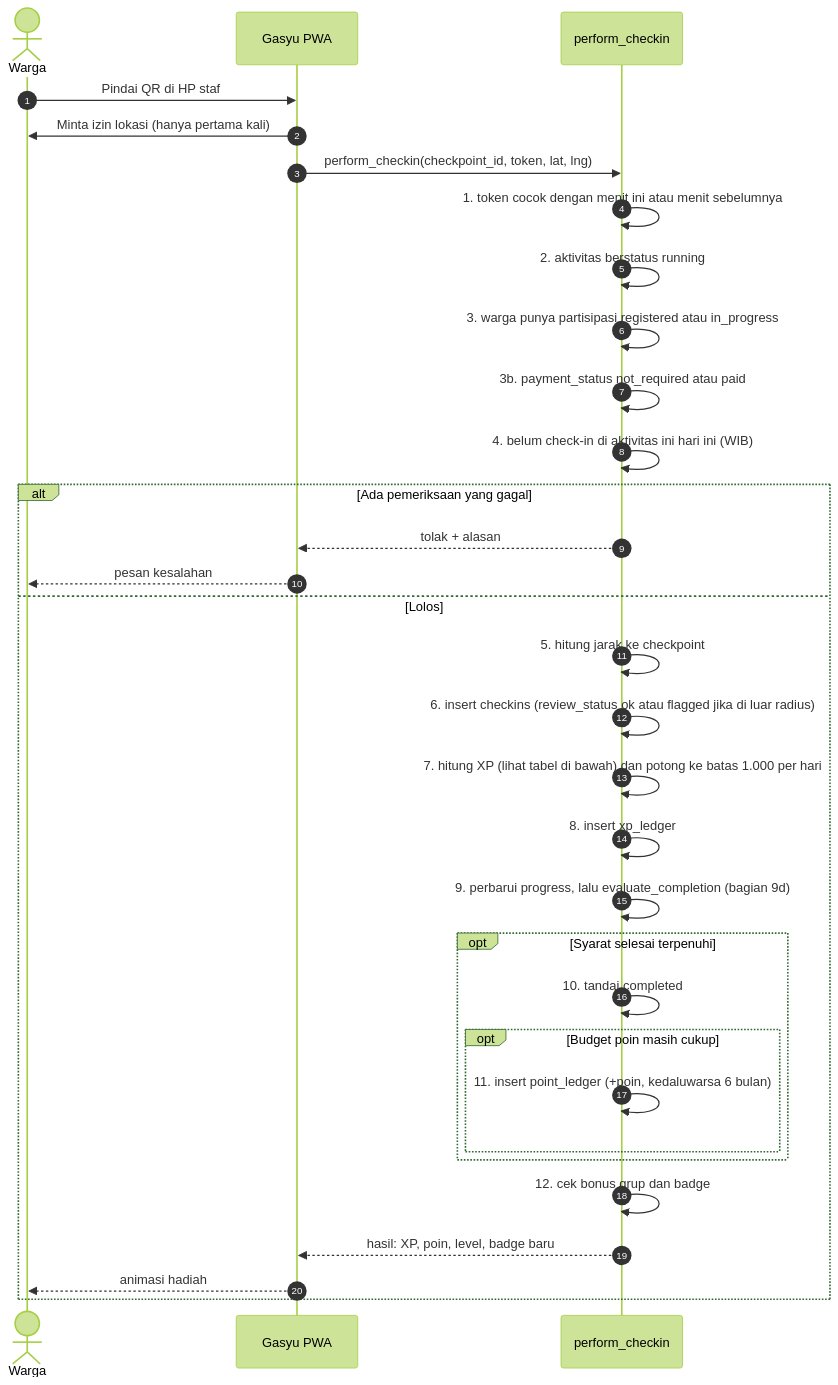
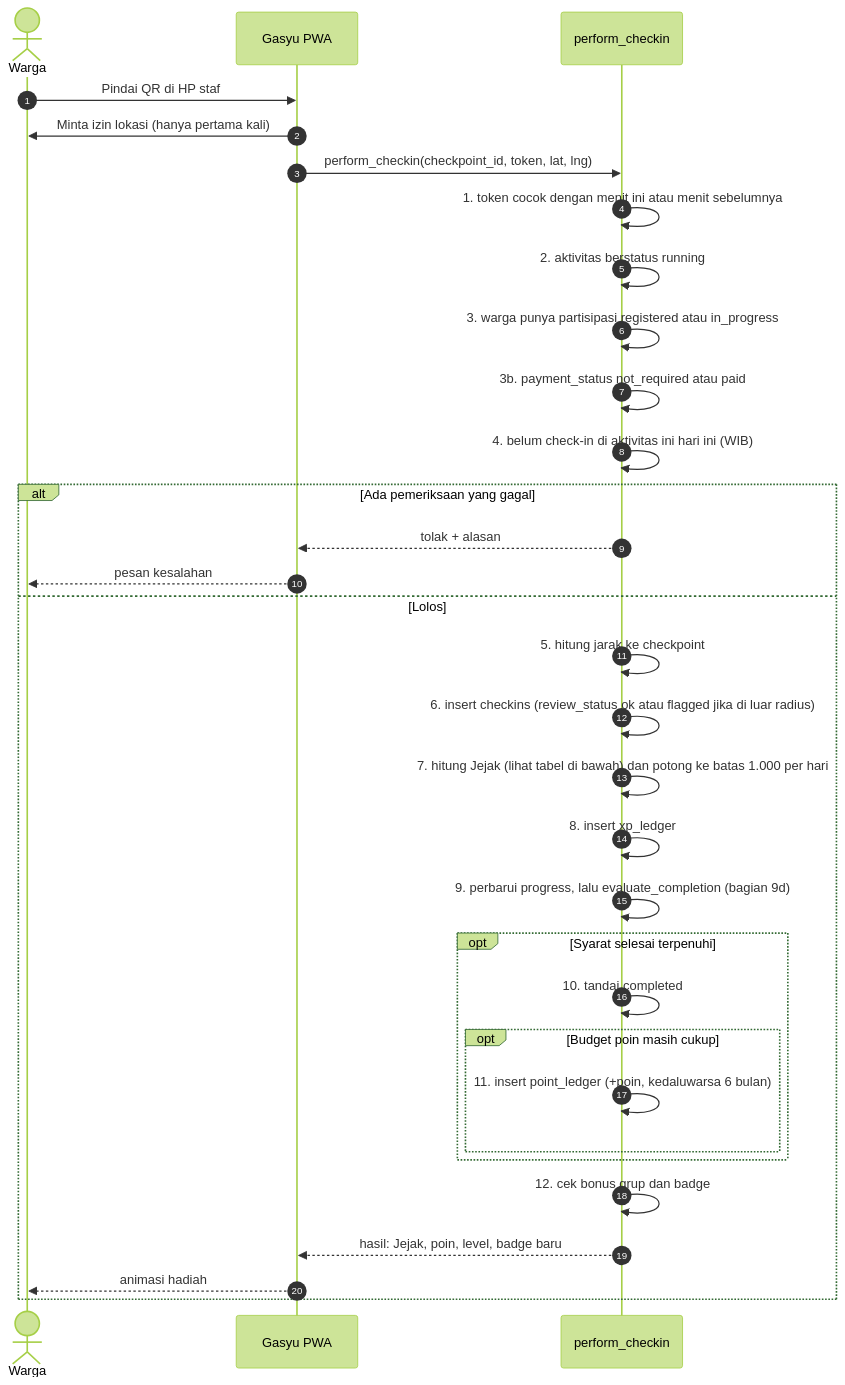
Diagram 21 of 30 in docs/ALUR-SISTEM.md (mirwanma/gasyu), drawn with Mermaid (forest theme) before and after one commit. The commit also changed other lines of this file and 42 other files, not shown here.

First line of the commit message:
Ganti label XP menjadi Jejak di aplikasi dan dokumen (docs v0.15, BRAND v1.5)

````diff
--- a/docs/ALUR-SISTEM.md
+++ b/docs/ALUR-SISTEM.md
@@ -916,34 +917,34 @@
 ```mermaid
 sequenceDiagram
     autonumber
     actor W as Warga
     participant App as Gasyu PWA
     participant DB as perform_checkin
     W->>App: Pindai QR di HP staf
     App->>W: Minta izin lokasi (hanya pertama kali)
     App->>DB: perform_checkin(checkpoint_id, token, lat, lng)
     DB->>DB: 1. token cocok dengan menit ini atau menit sebelumnya
     DB->>DB: 2. aktivitas berstatus running
     DB->>DB: 3. warga punya partisipasi registered atau in_progress
     DB->>DB: 3b. payment_status not_required atau paid
     DB->>DB: 4. belum check-in di aktivitas ini hari ini (WIB)
     alt Ada pemeriksaan yang gagal
         DB-->>App: tolak + alasan
         App-->>W: pesan kesalahan
     else Lolos
         DB->>DB: 5. hitung jarak ke checkpoint
         DB->>DB: 6. insert checkins (review_status ok atau flagged jika di luar radius)
-        DB->>DB: 7. hitung XP (lihat tabel di bawah) dan potong ke batas 1.000 per hari
+        DB->>DB: 7. hitung Jejak (lihat tabel di bawah) dan potong ke batas 1.000 per hari
         DB->>DB: 8. insert xp_ledger
         DB->>DB: 9. perbarui progress, lalu evaluate_completion (bagian 9d)
         opt Syarat selesai terpenuhi
             DB->>DB: 10. tandai completed
             opt Budget poin masih cukup
                 DB->>DB: 11. insert point_ledger (+poin, kedaluwarsa 6 bulan)
             end
         end
         DB->>DB: 12. cek bonus grup dan badge
-        DB-->>App: hasil: XP, poin, level, badge baru
+        DB-->>App: hasil: Jejak, poin, level, badge baru
         App-->>W: animasi hadiah
     end
 ```
````
